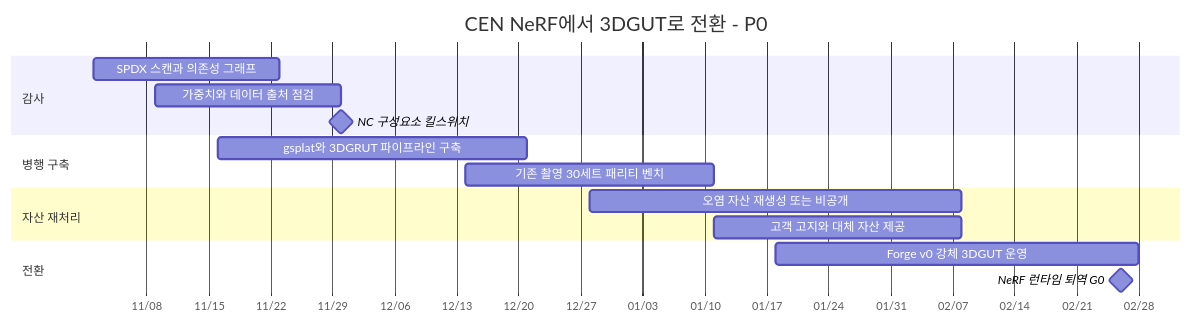
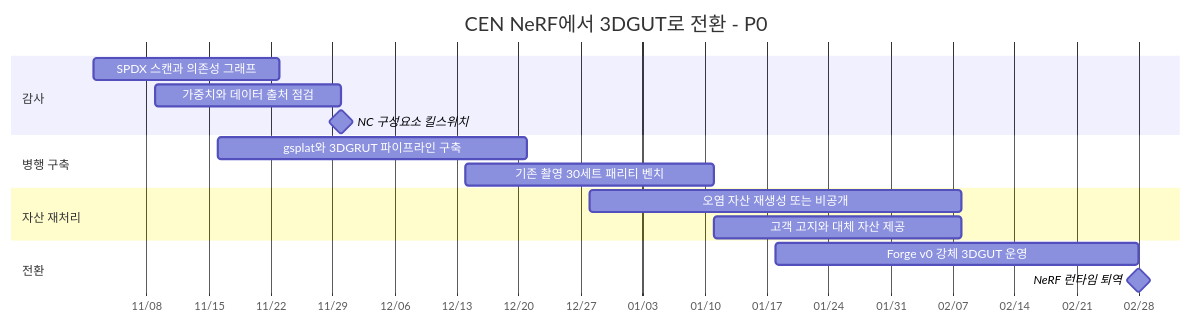
One commit to ouremployeeces-ship-it/AIResearch changed the seventh of 12 diagrams in docs/digital-twin-platform/05-physics-and-realism.md. Above: the diagram before and after it, drawn with Mermaid. The commit also changed other lines of this file and 13 other files, not shown here.

````diff
--- a/docs/digital-twin-platform/05-physics-and-realism.md
+++ b/docs/digital-twin-platform/05-physics-and-realism.md
@@ -700,19 +700,19 @@
 ```mermaid
 gantt
     title CEN NeRF에서 3DGUT로 전환 - P0
     dateFormat YYYY-MM-DD
     axisFormat %m/%d
     section 감사
     SPDX 스캔과 의존성 그래프          :a1, 2026-11-02, 21d
     가중치와 데이터 출처 점검          :a2, 2026-11-09, 21d
     NC 구성요소 킬스위치               :milestone, 2026-11-30, 0d
     section 병행 구축
     gsplat와 3DGRUT 파이프라인 구축    :b1, 2026-11-16, 35d
     기존 촬영 30세트 패리티 벤치       :b2, 2026-12-14, 28d
     section 자산 재처리
     오염 자산 재생성 또는 비공개       :c1, 2026-12-28, 42d
     고객 고지와 대체 자산 제공         :c2, 2027-01-11, 28d
     section 전환
     Forge v0 강체 3DGUT 운영           :d1, 2027-01-18, 41d
-    NeRF 런타임 퇴역 G0                :milestone, 2027-02-26, 0d
+    NeRF 런타임 퇴역                   :milestone, 2027-02-28, 0d
 ```
````
